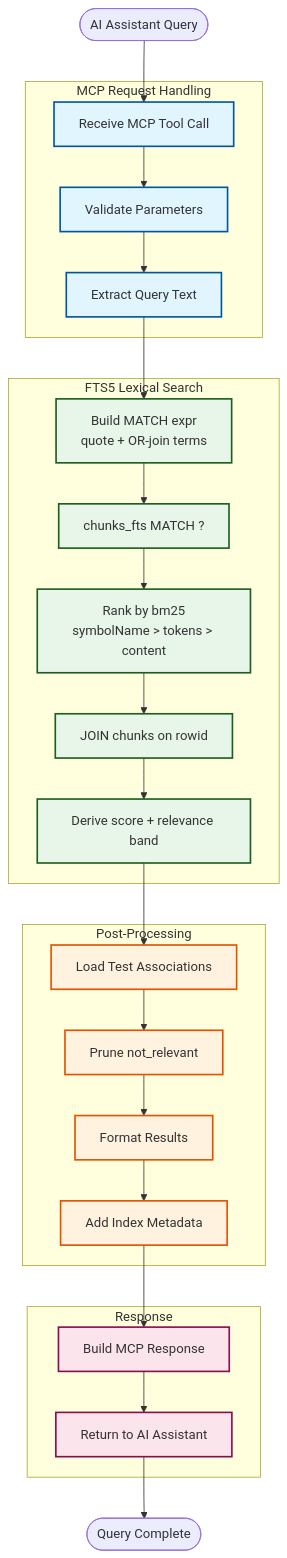
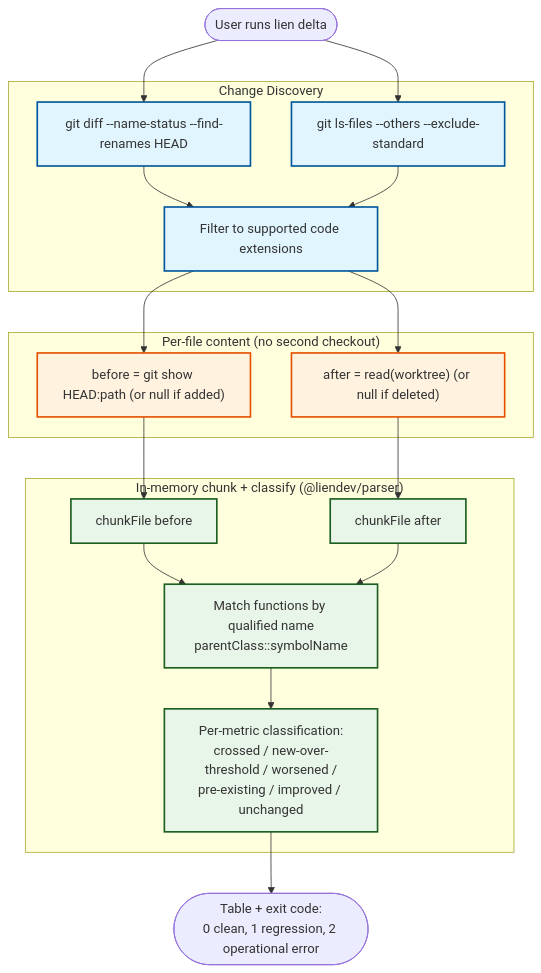
Before and after one commit to getlien/lien: the second of 2 diagrams in docs/architecture/data-flow.md, drawn with Mermaid. The commit also changed other lines of this file and 238 other files, not shown here.

First line of the commit message:
feat!: delete the MCP server, the persisted index, and the telemetry (phase 5) (#1130)

````diff
--- a/docs/architecture/data-flow.md
+++ b/docs/architecture/data-flow.md
@@ -97,62 +87,45 @@
 ```mermaid
 flowchart TB
-    START([AI Assistant Query])
+    START([User runs lien delta])
 
-    subgraph "MCP Request Handling"
-        RECEIVE[Receive MCP Tool Call]
-        VALIDATE[Validate Parameters]
-        EXTRACT[Extract Query Text]
+    subgraph "Change Discovery"
+        DIFF[git diff --name-status --find-renames HEAD]
+        UNTRACKED[git ls-files --others --exclude-standard]
+        FILTER_EXT[Filter to supported code extensions]
     end
 
-    subgraph "FTS5 Lexical Search"
-        BUILD_MATCH[Build MATCH expr<br/>quote + OR-join terms]
-        FTS_MATCH[chunks_fts MATCH ?]
-        BM25[Rank by bm25<br/>symbolName &gt; tokens &gt; content]
-        JOIN[JOIN chunks on rowid]
-        BAND[Derive score + relevance band]
+    subgraph "Per-file content (no second checkout)"
+        BEFORE["before = git show HEAD:path (or null if added)"]
+        AFTER["after = read(worktree) (or null if deleted)"]
     end
 
-    subgraph "Post-Processing"
-        LOAD_TEST_ASSOC[Load Test Associations]
-        PRUNE[Prune not_relevant]
-        FORMAT_RESULTS[Format Results]
-        ADD_INDEX_INFO[Add Index Metadata]
+    subgraph "In-memory chunk + classify (@liendev/parser)"
+        CHUNK_BEFORE[chunkFile before]
+        CHUNK_AFTER[chunkFile after]
+        MATCH[Match functions by qualified name<br/>parentClass::symbolName]
+        CLASSIFY["Per-metric classification:<br/>crossed / new-over-threshold / worsened /<br/>pre-existing / improved / unchanged"]
     end
 
-    subgraph "Response"
-        BUILD_RESPONSE[Build MCP Response]
-        RETURN[Return to AI Assistant]
-    end
+    REPORT([Table + exit code:<br/>0 clean, 1 regression, 2 operational error])
 
-    END([Query Complete])
+    START --> DIFF
+    START --> UNTRACKED
+    DIFF --> FILTER_EXT
+    UNTRACKED --> FILTER_EXT
+    FILTER_EXT --> BEFORE
+    FILTER_EXT --> AFTER
+    BEFORE --> CHUNK_BEFORE
+    AFTER --> CHUNK_AFTER
+    CHUNK_BEFORE --> MATCH
+    CHUNK_AFTER --> MATCH
+    MATCH --> CLASSIFY
+    CLASSIFY --> REPORT
 
-    START --> RECEIVE
-    RECEIVE --> VALIDATE
-    VALIDATE --> EXTRACT
-    EXTRACT --> BUILD_MATCH
+    classDef discoverClass fill:#e1f5ff,stroke:#01579b,stroke-width:2px
+    classDef contentClass fill:#fff3e0,stroke:#e65100,stroke-width:2px
+    classDef classifyClass fill:#e8f5e9,stroke:#1b5e20,stroke-width:2px
 
-    BUILD_MATCH --> FTS_MATCH
-    FTS_MATCH --> BM25
-    BM25 --> JOIN
-    JOIN --> BAND
-
-    BAND --> LOAD_TEST_ASSOC
-    LOAD_TEST_ASSOC --> PRUNE
-    PRUNE --> FORMAT_RESULTS
-    FORMAT_RESULTS --> ADD_INDEX_INFO
-
-    ADD_INDEX_INFO --> BUILD_RESPONSE
-    BUILD_RESPONSE --> RETURN
-    RETURN --> END
-
-    %% Styling
-    classDef mcpClass fill:#e1f5ff,stroke:#01579b,stroke-width:2px
-    classDef searchClass fill:#e8f5e9,stroke:#1b5e20,stroke-width:2px
-    classDef processClass fill:#fff3e0,stroke:#e65100,stroke-width:2px
-    classDef responseClass fill:#fce4ec,stroke:#880e4f,stroke-width:2px
-
-    class RECEIVE,VALIDATE,EXTRACT mcpClass
-    class BUILD_MATCH,FTS_MATCH,BM25,JOIN,BAND searchClass
-    class LOAD_TEST_ASSOC,PRUNE,FORMAT_RESULTS,ADD_INDEX_INFO processClass
-    class BUILD_RESPONSE,RETURN responseClass
+    class DIFF,UNTRACKED,FILTER_EXT discoverClass
+    class BEFORE,AFTER contentClass
+    class CHUNK_BEFORE,CHUNK_AFTER,MATCH,CLASSIFY classifyClass
 ```
````
